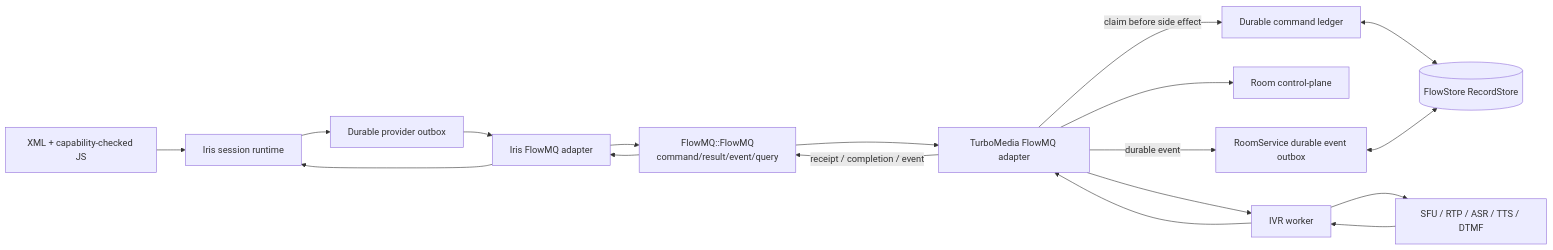
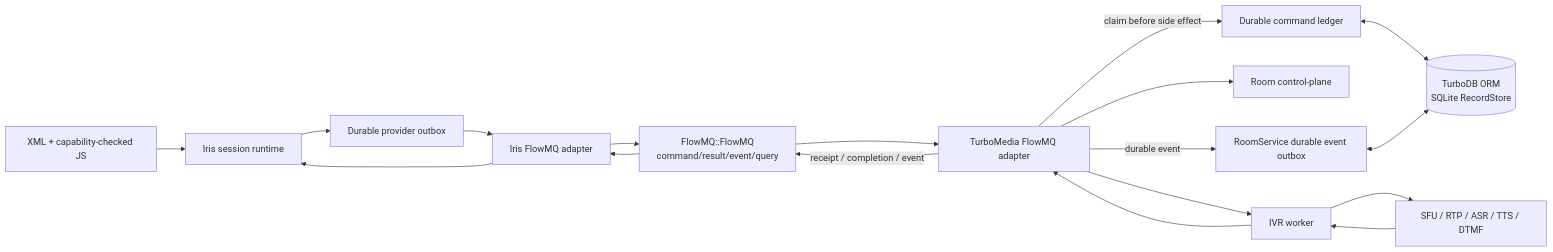
One commit to qigao/turbomedia changed the first of 9 diagrams in webrtc/docs/ivr-production-readiness-design-zh.md. Above: the diagram before and after it, drawn with Mermaid. The commit also changed other lines of this file and 74 other files, not shown here.

Commit message:
refactor(webrtc): migrate FlowMQ and TurboDB ORM

````diff
--- a/webrtc/docs/ivr-production-readiness-design-zh.md
+++ b/webrtc/docs/ivr-production-readiness-design-zh.md
@@ -80,25 +81,25 @@
 ```mermaid
 flowchart LR
   XML[XML + capability-checked JS]
   Iris[Iris session runtime]
   Outbox[Durable provider outbox]
   IrisFMQ[Iris FlowMQ adapter]
   FlowMQ[FlowMQ::FlowMQ<br/>command/result/event/query]
   MediaFMQ[TurboMedia FlowMQ adapter]
   CommandLedger[Durable command ledger]
   RoomCore[Room control-plane]
   Worker[IVR worker]
   Media[SFU / RTP / ASR / TTS / DTMF]
   EventOutbox[RoomService durable event outbox]
-  FlowStore[(FlowStore RecordStore)]
+  ORM[(TurboDB ORM<br/>SQLite RecordStore)]
 
   XML --> Iris --> Outbox --> IrisFMQ --> FlowMQ --> MediaFMQ
   MediaFMQ -->|claim before side effect| CommandLedger
   MediaFMQ --> RoomCore
   MediaFMQ --> Worker --> Media
-  CommandLedger <--> FlowStore
+  CommandLedger <--> ORM
   Media --> Worker --> MediaFMQ
   MediaFMQ -->|durable event| EventOutbox
-  EventOutbox <--> FlowStore
+  EventOutbox <--> ORM
   MediaFMQ -->|receipt / completion / event| FlowMQ --> IrisFMQ --> Iris
 ```
````
